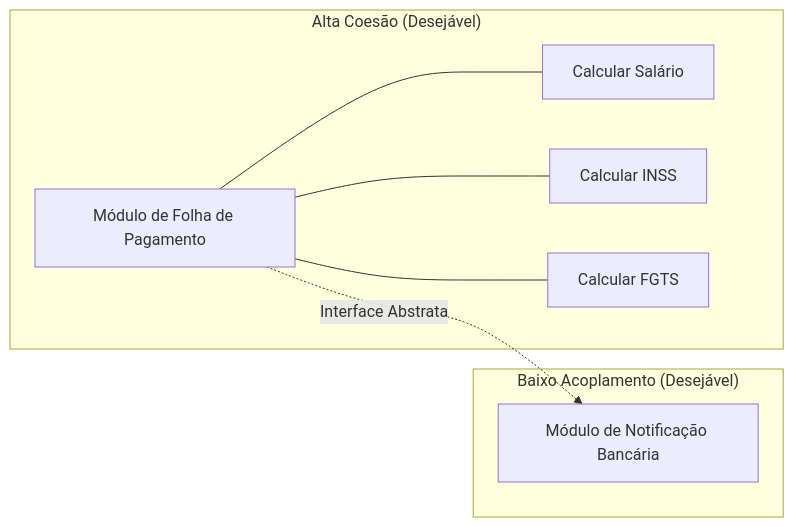
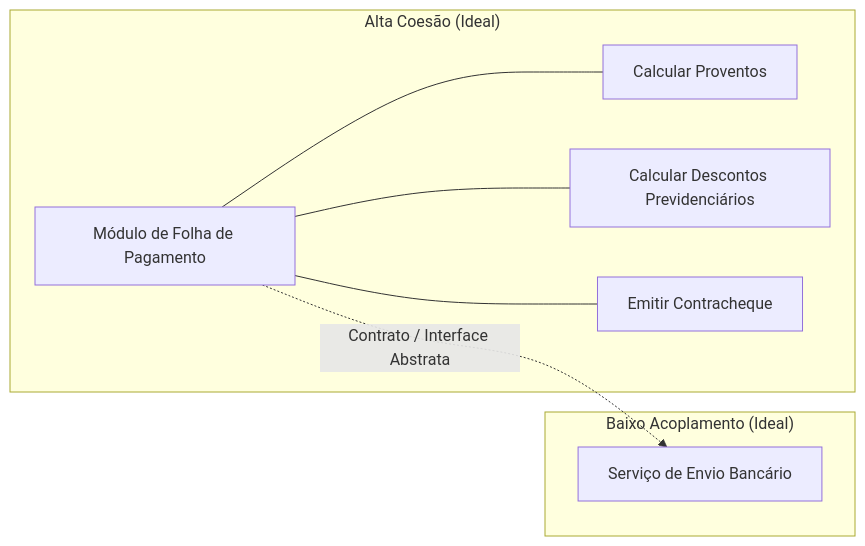
One commit to thiagosantos346/TCE-GO-2027 changed the first of 3 diagrams in fontes_de_estudo/conhecimentos_especificos_b02_ti/04_engenharia_de_software/03_arquitetura_de_software_e_principios_solid.md. Above: the diagram before and after it, drawn with Mermaid. The commit also changed other lines of this file and 119 other files, not shown here.

````diff
--- a/fontes_de_estudo/conhecimentos_especificos_b02_ti/04_engenharia_de_software/03_arquitetura_de_software_e_principios_solid.md
+++ b/fontes_de_estudo/conhecimentos_especificos_b02_ti/04_engenharia_de_software/03_arquitetura_de_software_e_principios_solid.md
@@ -71,11 +58,11 @@
 ```mermaid
 flowchart LR
-    subgraph AltaCoesao["Alta Coesão (Desejável)"]
-        M1["Módulo de Folha de Pagamento"] --- O1["Calcular Salário"]
-        M1 --- O2["Calcular INSS"]
-        M1 --- O3["Calcular FGTS"]
+    subgraph AltaCoesao["Alta Coesão (Ideal)"]
+        M1["Módulo de Folha de Pagamento"] --- O1["Calcular Proventos"]
+        M1 --- O2["Calcular Descontos Previdenciários"]
+        M1 --- O3["Emitir Contracheque"]
     end
-    subgraph BaixoAcoplamento["Baixo Acoplamento (Desejável)"]
-        M1 -.->|Interface Abstrata| M2["Módulo de Notificação Bancária"]
+    subgraph BaixoAcoplamento["Baixo Acoplamento (Ideal)"]
+        M1 -.->|Contrato / Interface Abstrata| M2["Serviço de Envio Bancário"]
     end
 ```
````
